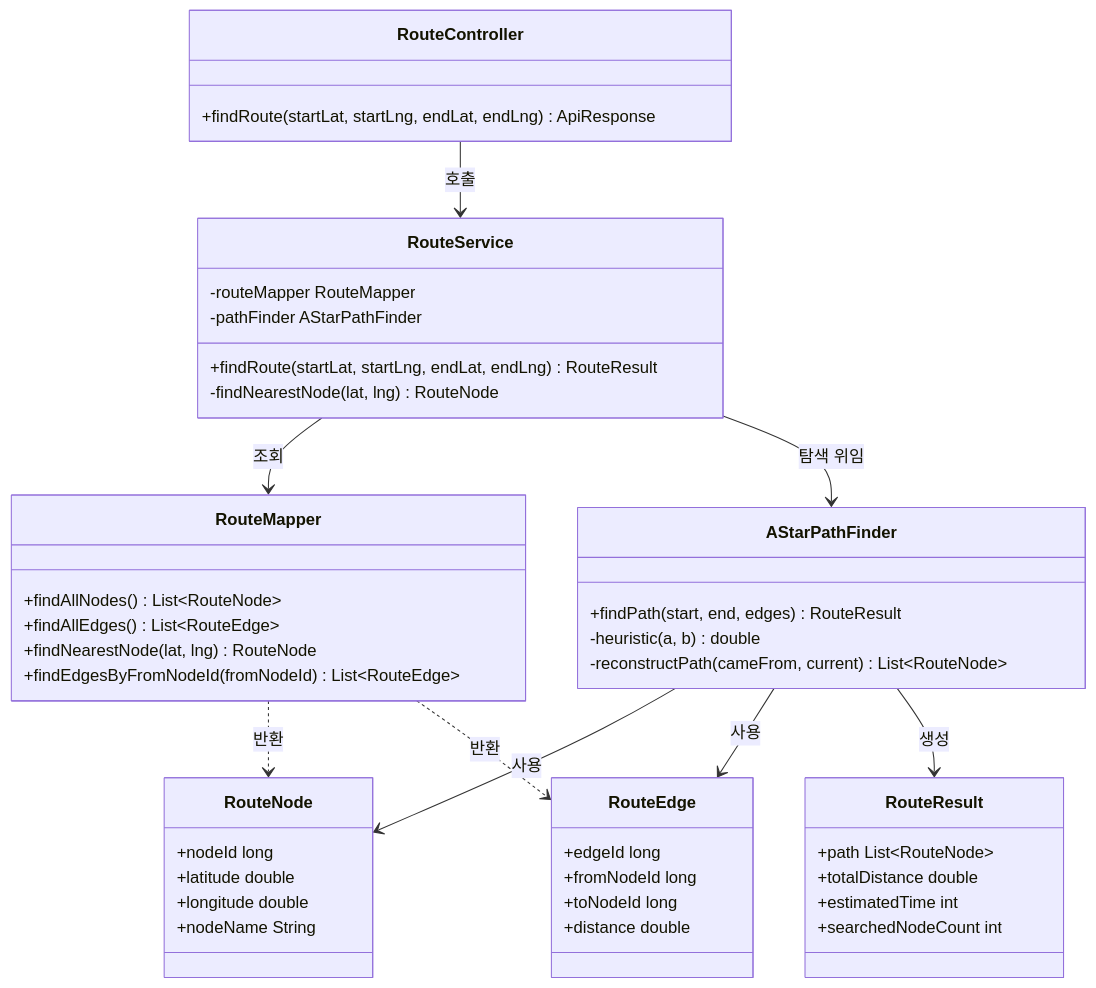
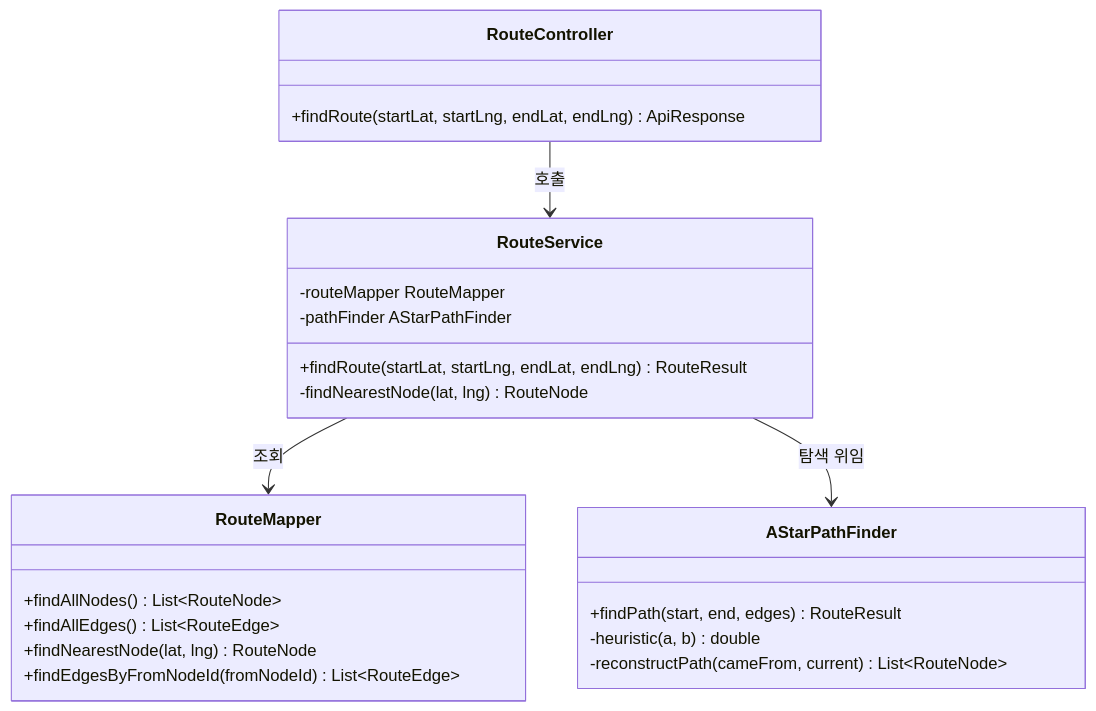
Before and after one commit to farewell-old-creaky-home-always-with-me/ssafy-pjt: the first of 3 diagrams in docs/06_backend/class-diagram.md, drawn with Mermaid. The commit also changed other lines of this file and 28 other files, not shown here.

````diff
--- a/docs/06_backend/class-diagram.md
+++ b/docs/06_backend/class-diagram.md
@@ -73,56 +71,30 @@
 ```mermaid
 classDiagram
     class RouteController {
         +findRoute(startLat, startLng, endLat, endLng) ApiResponse
     }
 
     class RouteService {
         -routeMapper RouteMapper
         -pathFinder AStarPathFinder
         +findRoute(startLat, startLng, endLat, endLng) RouteResult
         -findNearestNode(lat, lng) RouteNode
     }
 
     class RouteMapper {
         +findAllNodes() List~RouteNode~
         +findAllEdges() List~RouteEdge~
         +findNearestNode(lat, lng) RouteNode
         +findEdgesByFromNodeId(fromNodeId) List~RouteEdge~
     }
 
     class AStarPathFinder {
         +findPath(start, end, edges) RouteResult
         -heuristic(a, b) double
         -reconstructPath(cameFrom, current) List~RouteNode~
     }
 
-    class RouteNode {
-        +nodeId long
-        +latitude double
-        +longitude double
-        +nodeName String
-    }
-
-    class RouteEdge {
-        +edgeId long
-        +fromNodeId long
-        +toNodeId long
-        +distance double
-    }
-
-    class RouteResult {
-        +path List~RouteNode~
-        +totalDistance double
-        +estimatedTime int
-        +searchedNodeCount int
-    }
-
     RouteController --> RouteService : 호출
     RouteService --> RouteMapper : 조회
     RouteService --> AStarPathFinder : 탐색 위임
-    AStarPathFinder --> RouteNode : 사용
-    AStarPathFinder --> RouteEdge : 사용
-    AStarPathFinder --> RouteResult : 생성
-    RouteMapper ..> RouteNode : 반환
-    RouteMapper ..> RouteEdge : 반환
 ```
````
